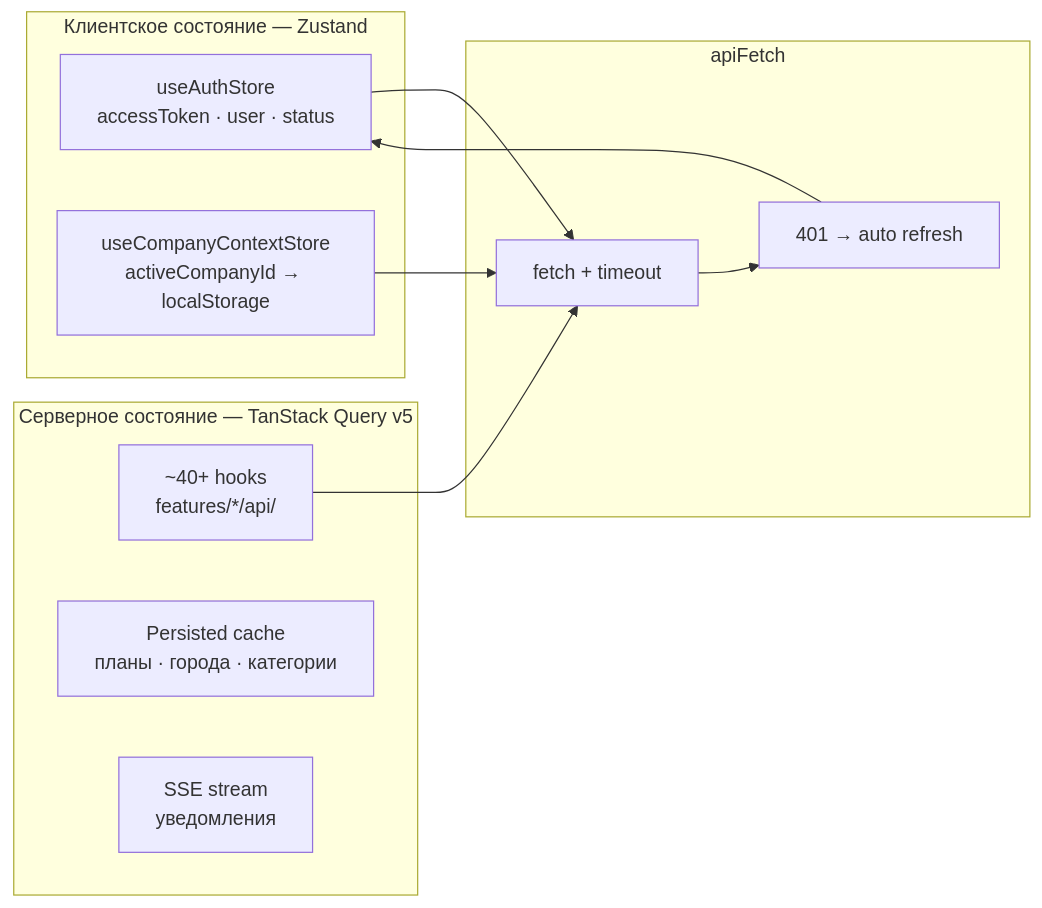
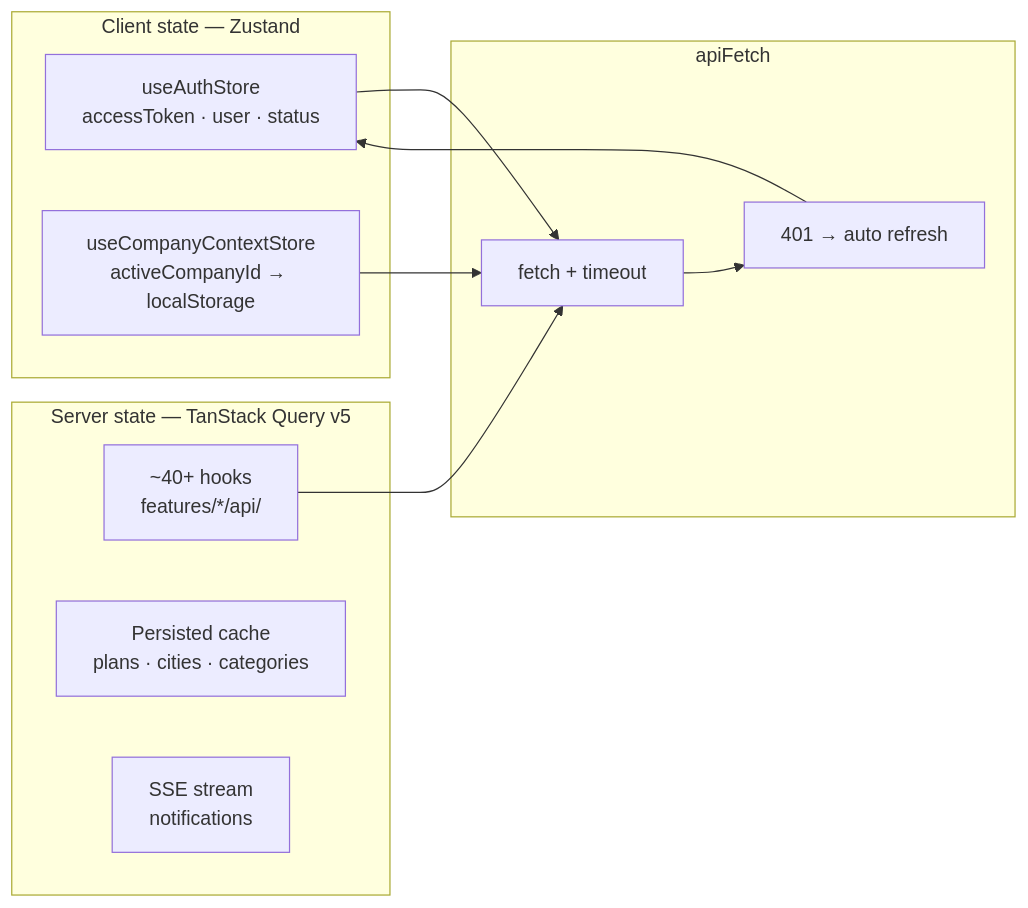
The third of 11 diagrams in README.md (1GoodCod1/companii-web), drawn with Mermaid before and after one commit. The commit also changed other lines of this file and 5 other files, not shown here.

````diff
--- a/README.md
+++ b/README.md
@@ -119,24 +121,24 @@
 ```mermaid
 flowchart LR
-    subgraph Client["Клиентское состояние — Zustand"]
+    subgraph Client["Client state — Zustand"]
         AUTH["useAuthStore<br/>accessToken · user · status"]
         CTX["useCompanyContextStore<br/>activeCompanyId → localStorage"]
     end
 
-    subgraph Server["Серверное состояние — TanStack Query v5"]
+    subgraph Server["Server state — TanStack Query v5"]
         HOOKS["~40+ hooks<br/>features/*/api/"]
-        CACHE["Persisted cache<br/>планы · города · категории"]
-        SSE["SSE stream<br/>уведомления"]
+        CACHE["Persisted cache<br/>plans · cities · categories"]
+        SSE["SSE stream<br/>notifications"]
     end
 
     subgraph API["apiFetch"]
         FETCH["fetch + timeout"]
         REFRESH["401 → auto refresh"]
     end
 
     AUTH --> FETCH
     CTX --> FETCH
     HOOKS --> FETCH
     FETCH --> REFRESH
     REFRESH --> AUTH
 ```
````
